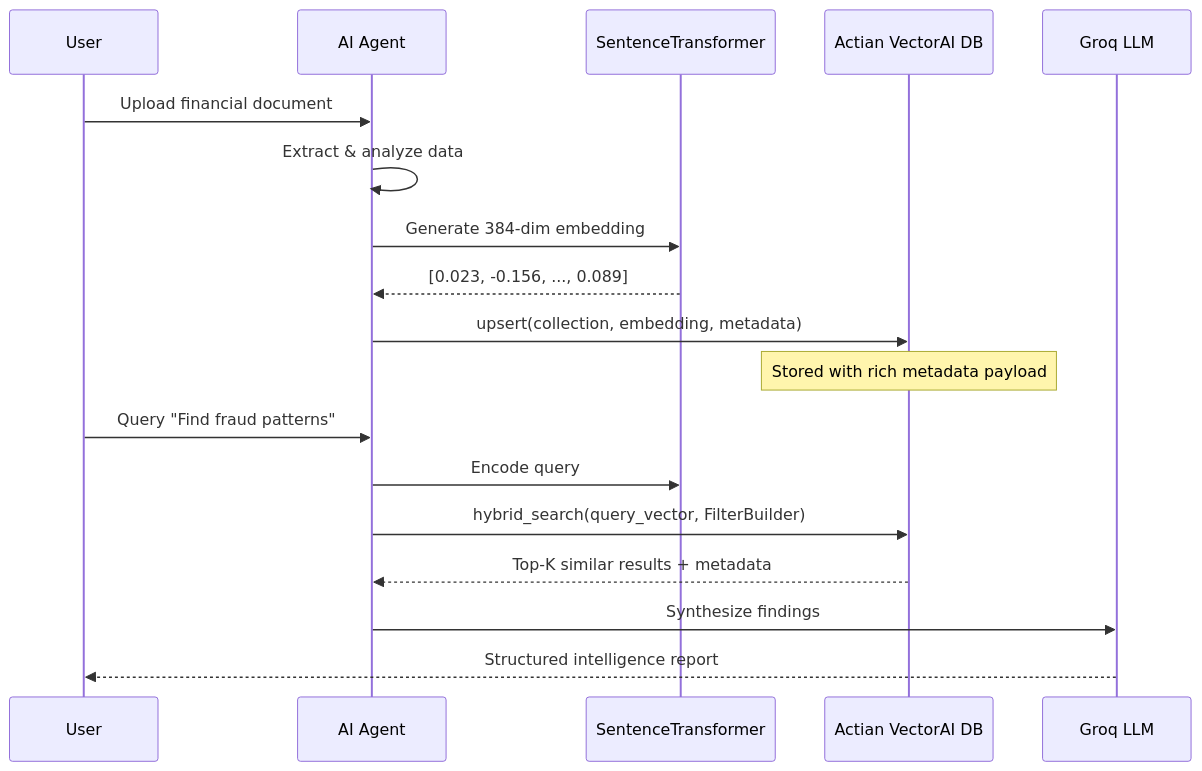
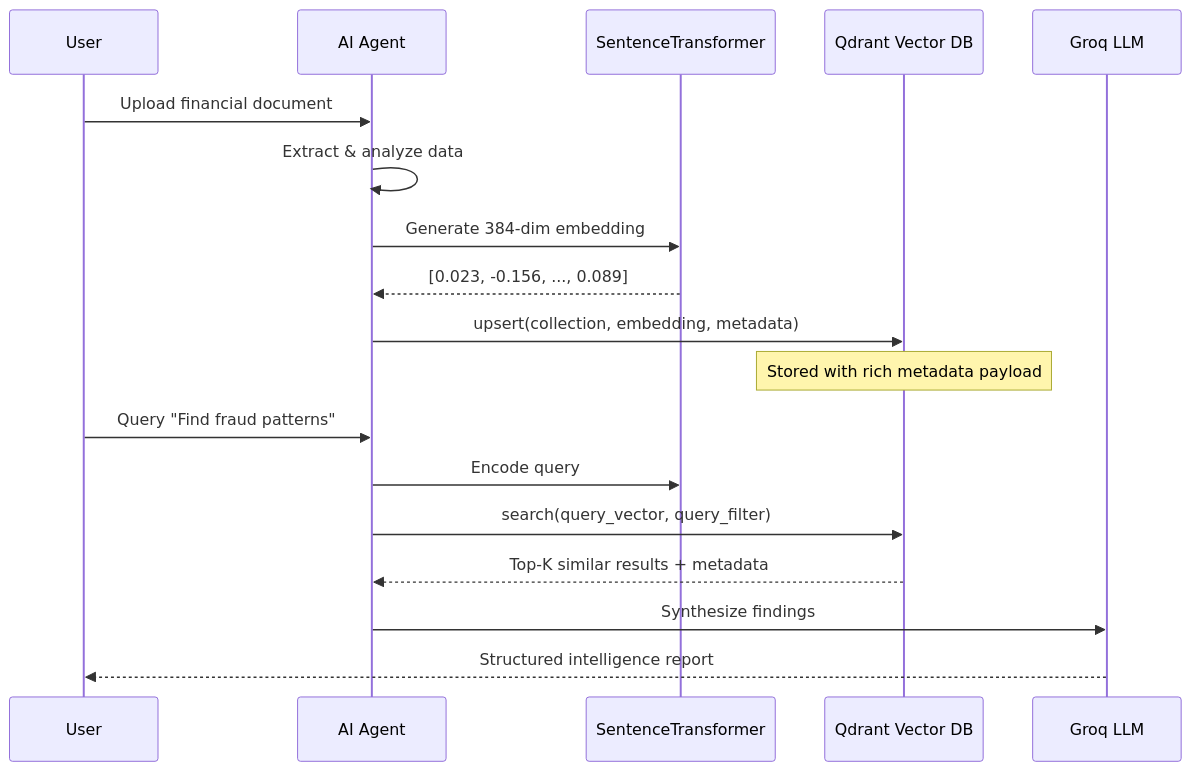
Before and after one commit to UtkarshSingh-09/Trinetra-V2.O: the second of 2 diagrams in README.md, drawn with Mermaid. The commit also changed other lines of this file and 80381 other files, not shown here.

Commit message:
feat: Complete Trinetra Agentic Credit Intelligence OS - Full 14-agent pipeline with VectorAI integration, Tri-Lens risk model, SHAP explainability, stress testing, bias audit, and automated CAM report generation

````diff
--- a/README.md
+++ b/README.md
@@ -187,22 +188,22 @@
 ```mermaid
 sequenceDiagram
     participant User
     participant Agent as AI Agent
     participant Embed as SentenceTransformer
-    participant VAI as Actian VectorAI DB
+    participant VAI as Qdrant Vector DB
     participant LLM as Groq LLM
 
     User->>Agent: Upload financial document
     Agent->>Agent: Extract & analyze data
     Agent->>Embed: Generate 384-dim embedding
     Embed-->>Agent: [0.023, -0.156, ..., 0.089]
     Agent->>VAI: upsert(collection, embedding, metadata)
     Note over VAI: Stored with rich metadata payload
 
     User->>Agent: Query "Find fraud patterns"
     Agent->>Embed: Encode query
-    Agent->>VAI: hybrid_search(query_vector, FilterBuilder)
+    Agent->>VAI: search(query_vector, query_filter)
     VAI-->>Agent: Top-K similar results + metadata
     Agent->>LLM: Synthesize findings
     LLM-->>User: Structured intelligence report
 ```
````
